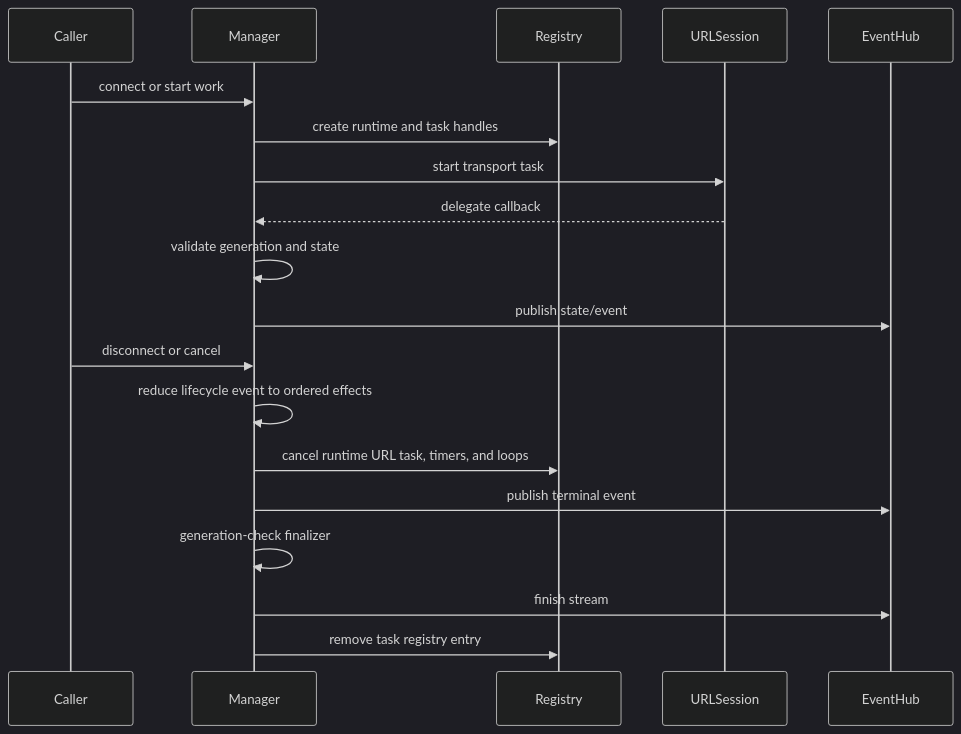
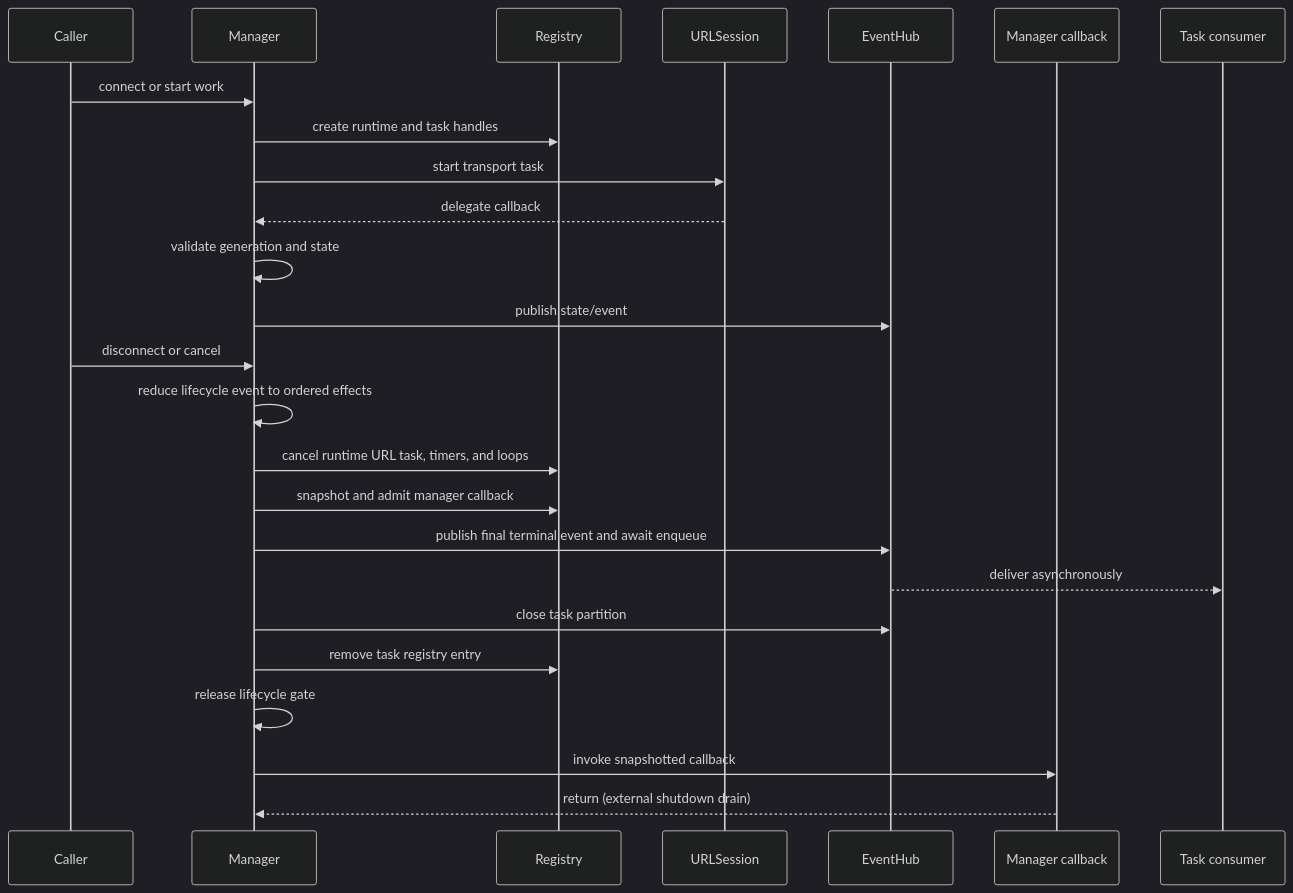
The diagram in docs/TaskOwnership.md (InnoSquadCorp/InnoNetwork), drawn with Mermaid (dark theme) before and after one commit. The commit also changed other lines of this file and 17 other files, not shown here.

````diff
--- a/docs/TaskOwnership.md
+++ b/docs/TaskOwnership.md
@@ -47,22 +53,28 @@
 ```mermaid
 sequenceDiagram
     participant Caller
     participant Manager
     participant Registry
     participant URLSession
     participant EventHub
+    participant Callback as Manager callback
+    participant Consumer as Task consumer
 
     Caller->>Manager: connect or start work
     Manager->>Registry: create runtime and task handles
     Manager->>URLSession: start transport task
     URLSession-->>Manager: delegate callback
     Manager->>Manager: validate generation and state
     Manager->>EventHub: publish state/event
     Caller->>Manager: disconnect or cancel
     Manager->>Manager: reduce lifecycle event to ordered effects
     Manager->>Registry: cancel runtime URL task, timers, and loops
-    Manager->>EventHub: publish terminal event
-    Manager->>Manager: generation-check finalizer
-    Manager->>EventHub: finish stream
+    Manager->>Registry: snapshot and admit manager callback
+    Manager->>EventHub: publish final terminal event and await enqueue
+    EventHub-->>Consumer: deliver asynchronously
+    Manager->>EventHub: close task partition
     Manager->>Registry: remove task registry entry
+    Manager->>Manager: release lifecycle gate
+    Manager->>Callback: invoke snapshotted callback
+    Callback-->>Manager: return (external shutdown drain)
 ```
````
